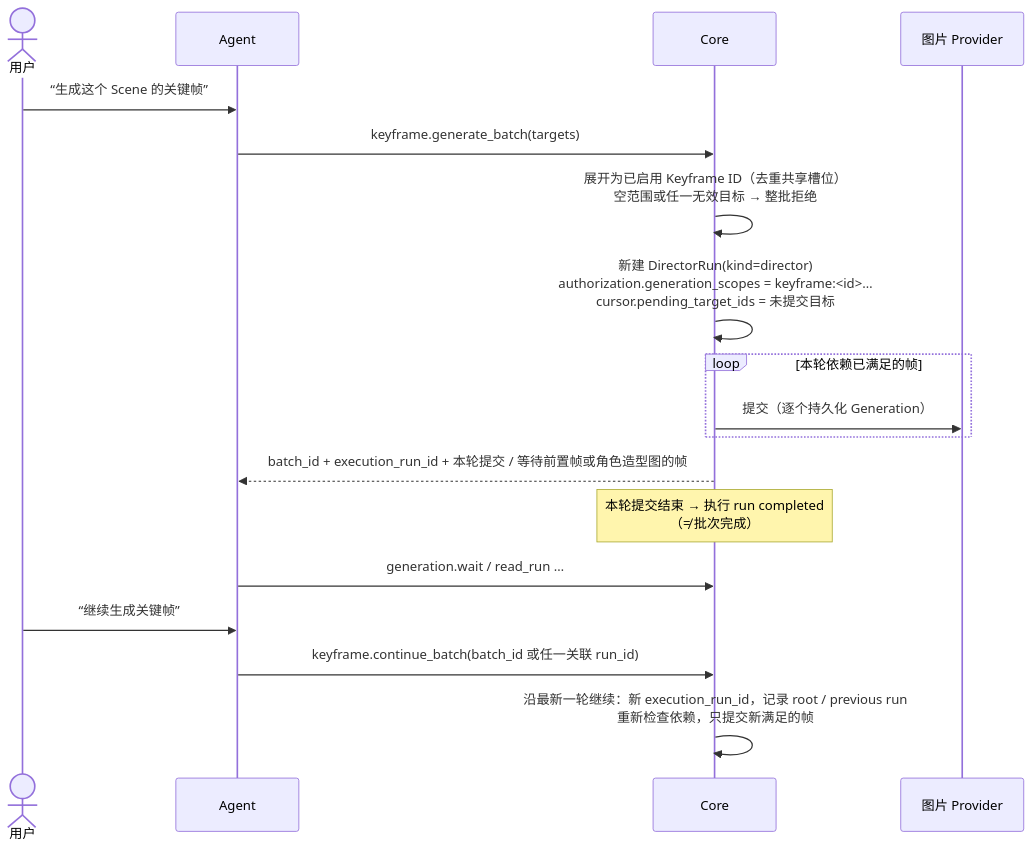
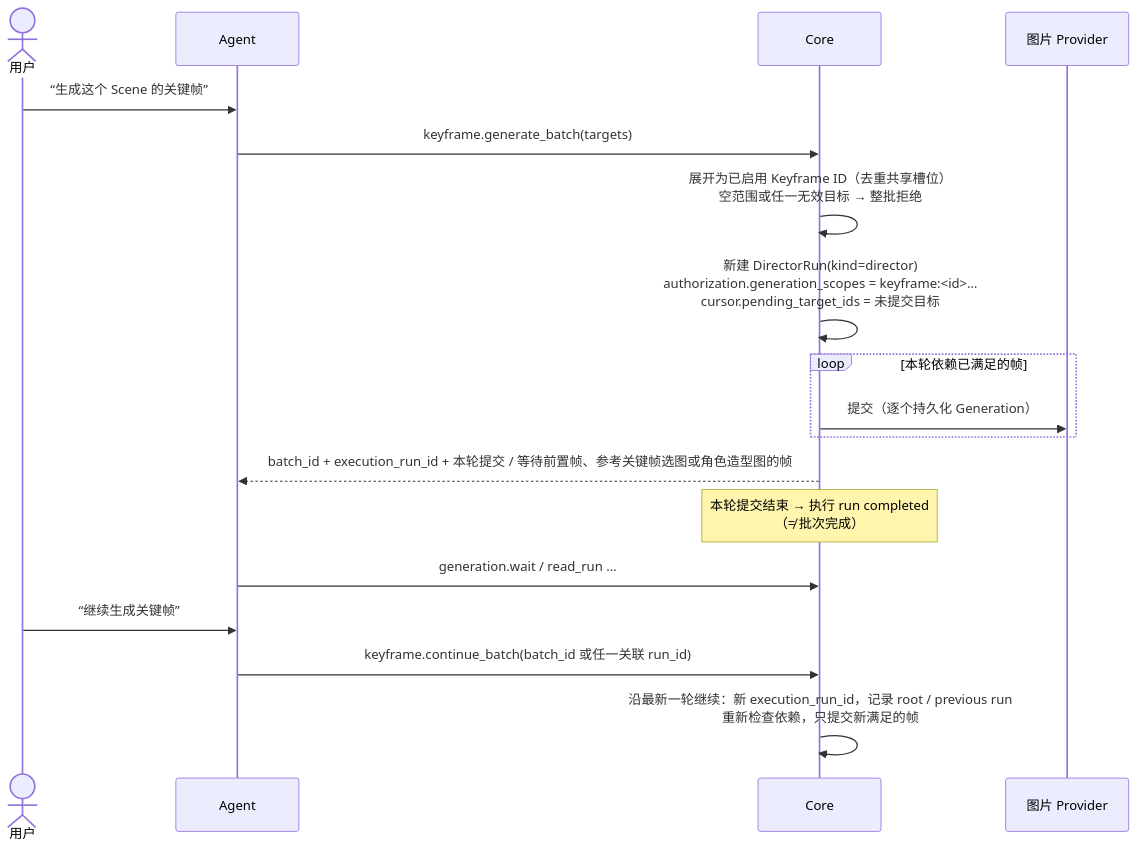
The eighth of 11 diagrams in docs/control-flow.md (LJXLJXLJX/StoryRail), drawn with Mermaid before and after one commit. The commit also changed other lines of this file and 40 other files, not shown here.

First line of the commit message:
feat: let keyframes reference other selected keyframes (schema v36)

````diff
--- a/docs/control-flow.md
+++ b/docs/control-flow.md
@@ -271,20 +271,20 @@
 ```mermaid
 sequenceDiagram
     actor U as 用户
     participant A as Agent
     participant C as Core
     participant P as 图片 Provider
     U->>A: “生成这个 Scene 的关键帧”
     A->>C: keyframe.generate_batch(targets)
     C->>C: 展开为已启用 Keyframe ID（去重共享槽位）<br/>空范围或任一无效目标 → 整批拒绝
     C->>C: 新建 DirectorRun(kind=director)<br/>authorization.generation_scopes = keyframe:<id>…<br/>cursor.pending_target_ids = 未提交目标
     loop 本轮依赖已满足的帧
         C->>P: 提交（逐个持久化 Generation）
     end
-    C-->>A: batch_id + execution_run_id + 本轮提交 / 等待前置帧或角色造型图的帧
+    C-->>A: batch_id + execution_run_id + 本轮提交 / 等待前置帧、参考关键帧选图或角色造型图的帧
     Note over C: 本轮提交结束 → 执行 run completed<br/>（≠ 批次完成）
     A->>C: generation.wait / read_run …
     U->>A: “继续生成关键帧”
     A->>C: keyframe.continue_batch(batch_id 或任一关联 run_id)
     C->>C: 沿最新一轮继续：新 execution_run_id，记录 root / previous run<br/>重新检查依赖，只提交新满足的帧
 ```
````
